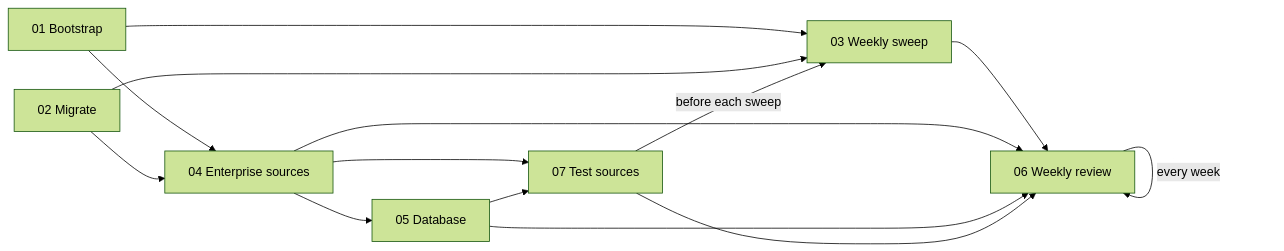
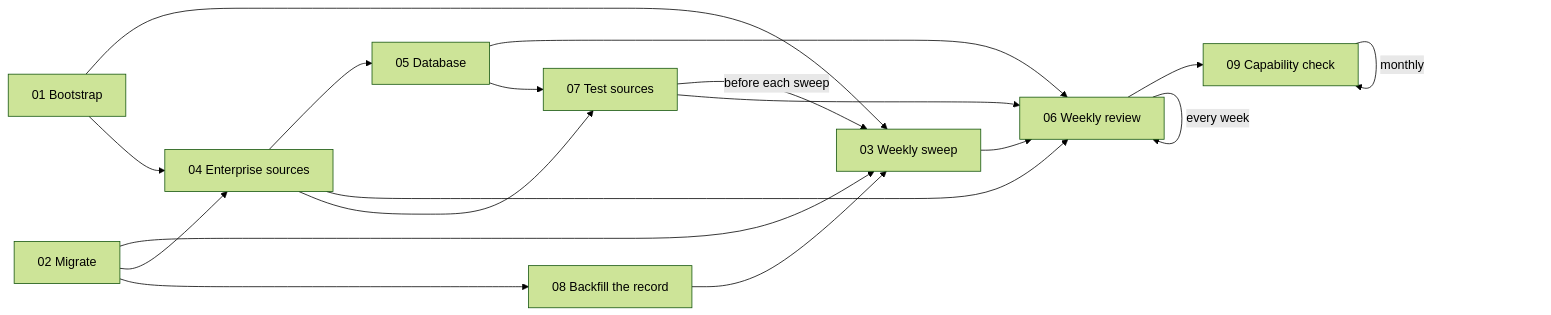
Before and after one commit to aliomraniH/application-organizer: the diagram in prompts/README.md, drawn with Mermaid (forest theme). The commit also changed other lines of this file and 7 other files, not shown here.

First line of the commit message:
v2 prompts: 08 backfill, 09 capability check; ledger steps in 01, 02, 03, 06

````diff
--- a/prompts/README.md
+++ b/prompts/README.md
@@ -17,16 +19,20 @@
 ```mermaid
 flowchart LR
     A[01 Bootstrap] --> C[03 Weekly sweep]
     B[02 Migrate] --> C
     A --> D[04 Enterprise sources]
     B --> D
     D --> E[05 Database]
     C --> F[06 Weekly review]
     D --> F
     E --> F
     D --> G[07 Test sources]
     E --> G
     G -->|before each sweep| C
     G --> F
+    B --> H[08 Backfill the record]
+    H --> C
+    F --> I[09 Capability check]
+    I -->|monthly| I
     F -->|every week| F
 ```
````
